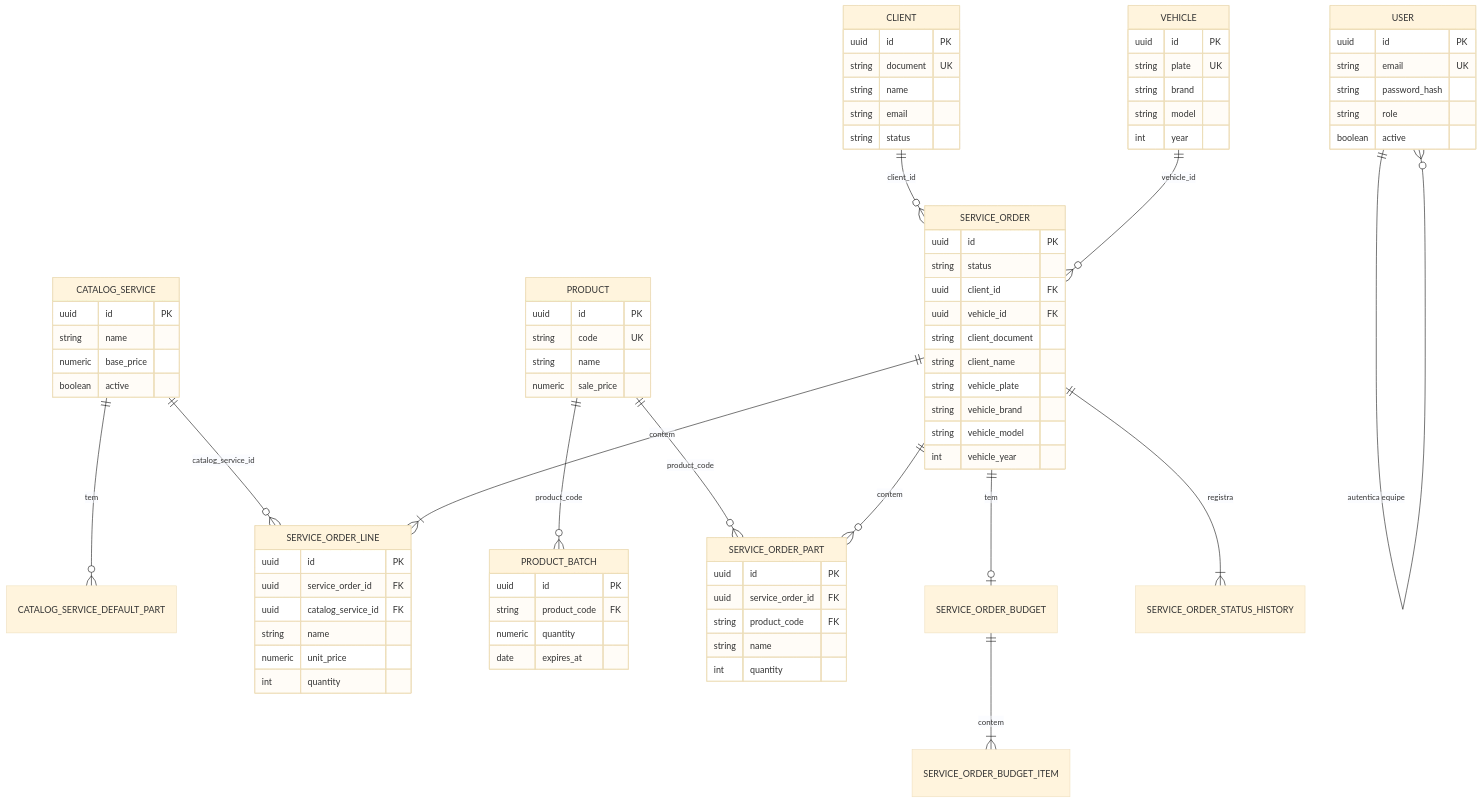
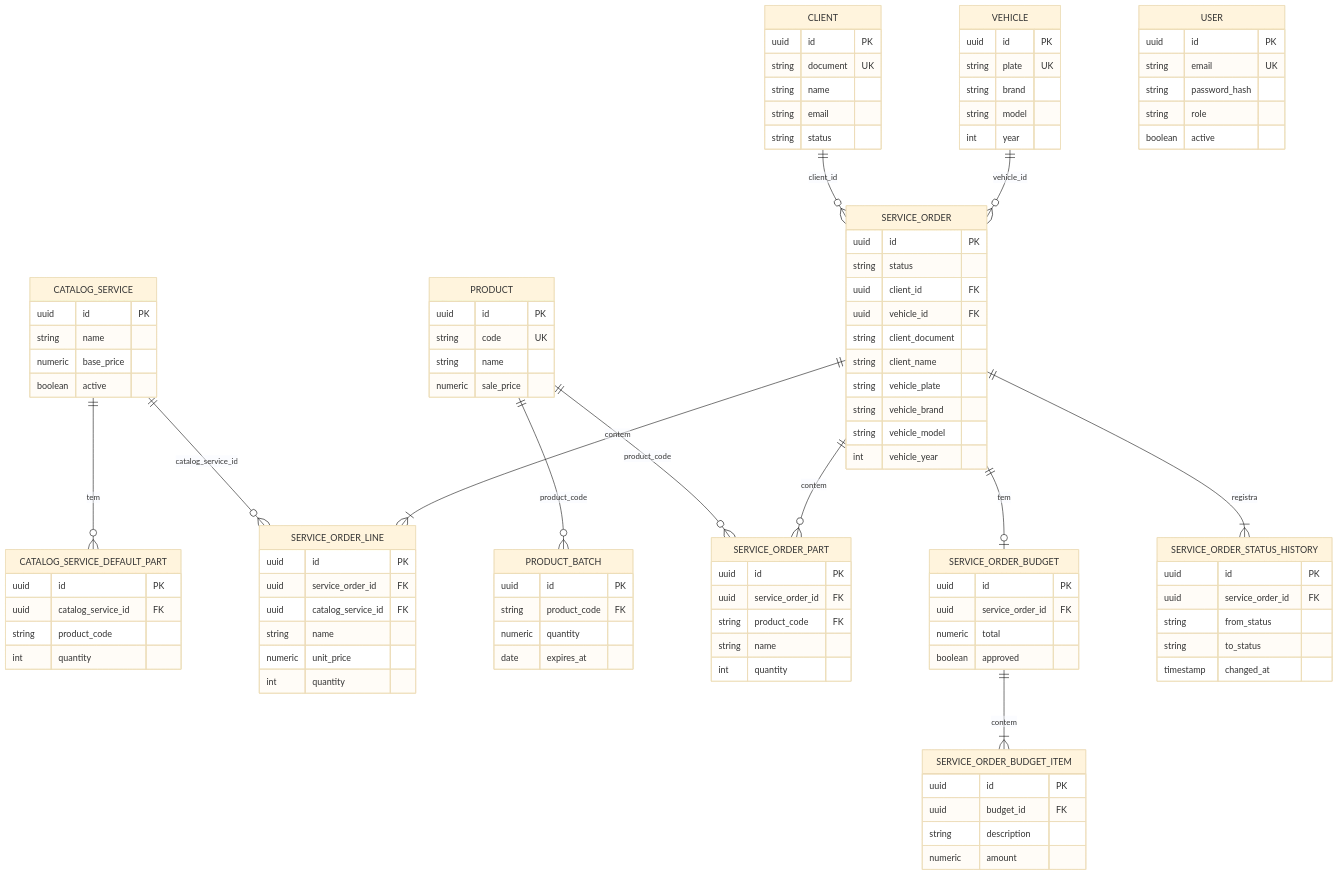
Before and after one commit to tech-challenge-pos-fiap-debora/app: the diagram in docs/modelo-de-dados.md, drawn with Mermaid (base theme). The commit also changed other lines of this file and 4 other files, not shown here.

````diff
--- a/docs/modelo-de-dados.md
+++ b/docs/modelo-de-dados.md
@@ -13,6 +13,5 @@
 ```mermaid
 erDiagram
-    USER ||--o{ USER : "autentica equipe"
     CLIENT ||--o{ SERVICE_ORDER : "client_id"
     VEHICLE ||--o{ SERVICE_ORDER : "vehicle_id"
     CATALOG_SERVICE ||--o{ CATALOG_SERVICE_DEFAULT_PART : "tem"
@@ -99,4 +98,33 @@
         string name
         int quantity
     }
+
+    SERVICE_ORDER_BUDGET {
+        uuid id PK
+        uuid service_order_id FK
+        numeric total
+        boolean approved
+    }
+
+    SERVICE_ORDER_BUDGET_ITEM {
+        uuid id PK
+        uuid budget_id FK
+        string description
+        numeric amount
+    }
+
+    SERVICE_ORDER_STATUS_HISTORY {
+        uuid id PK
+        uuid service_order_id FK
+        string from_status
+        string to_status
+        timestamp changed_at
+    }
+
+    CATALOG_SERVICE_DEFAULT_PART {
+        uuid id PK
+        uuid catalog_service_id FK
+        string product_code
+        int quantity
+    }
 ```
````
